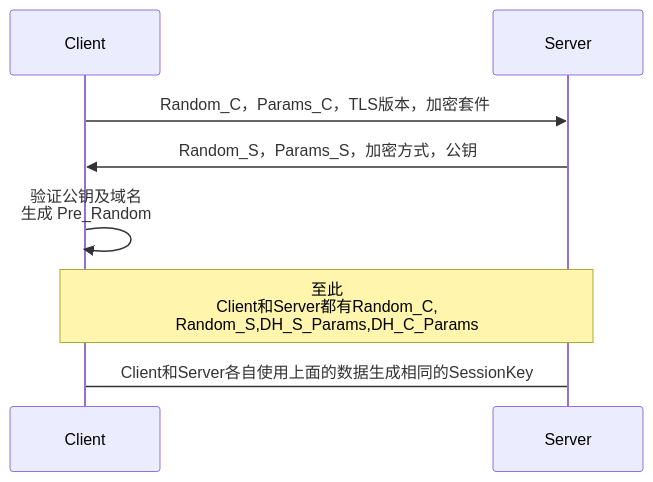
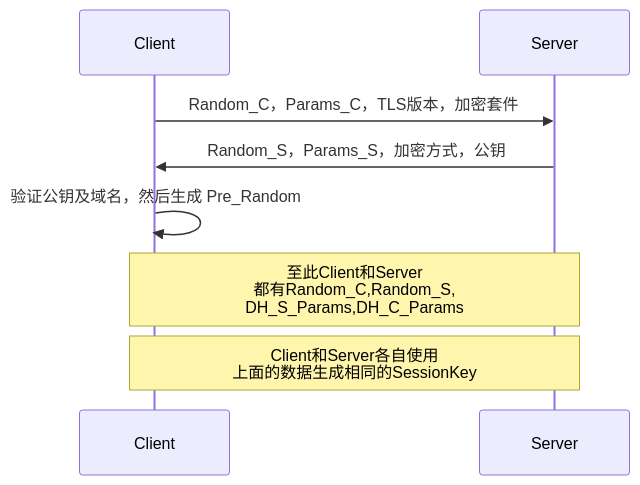
The fourth of 4 diagrams in _posts/2019-08-04-net_https.md (hurshi/hurshi.github.io), drawn with Mermaid before and after one commit. The commit also changed other lines of this file and 2 other files, not shown here.

```diff
--- a/_posts/2019-08-04-net_https.md
+++ b/_posts/2019-08-04-net_https.md
@@ -83,10 +85,10 @@
       <div class="mermaid">
       sequenceDiagram
       	participant C as Client
       	participant S as Server
       	C->>S: Random_C，Params_C，TLS版本，加密套件
       	S->>C: Random_S，Params_S，加密方式，公钥
-      	C->>C: 验证公钥及域名<br>生成 Pre_Random
-      	Note over C,S: 至此<br>Client和Server都有Random_C,<br>Random_S,DH_S_Params,DH_C_Params
-      	C->S: Client和Server各自使用上面的数据生成相同的SessionKey
+      	C->>C: 验证公钥及域名，然后生成 Pre_Random
+      	Note over C,S: 至此Client和Server<br>都有Random_C,Random_S,<br>DH_S_Params,DH_C_Params
+      	Note over C,S: Client和Server各自使用<br>上面的数据生成相同的SessionKey
       </div>
```
